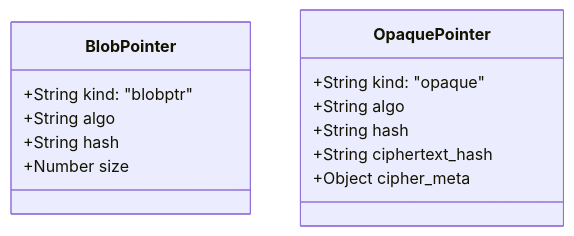
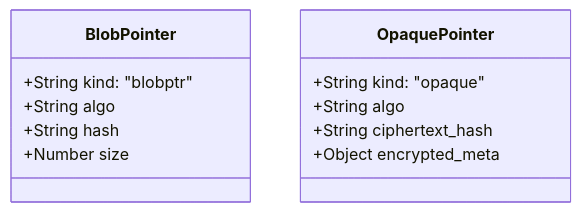
The eighth of 21 diagrams in docs/SPEC.md (flyingrobots/gatos), drawn with Mermaid before and after one commit. The commit also changed other lines of this file and 1 other file, not shown here.

````diff
--- a/docs/SPEC.md
+++ b/docs/SPEC.md
@@ -289,16 +297,15 @@
 ```mermaid
 classDiagram
     class BlobPointer {
         +String kind: "blobptr"
         +String algo
         +String hash
         +Number size
     }
     class OpaquePointer {
         +String kind: "opaque"
         +String algo
-        +String hash
         +String ciphertext_hash
-        +Object cipher_meta
+        +Object encrypted_meta
     }
 ```
````
